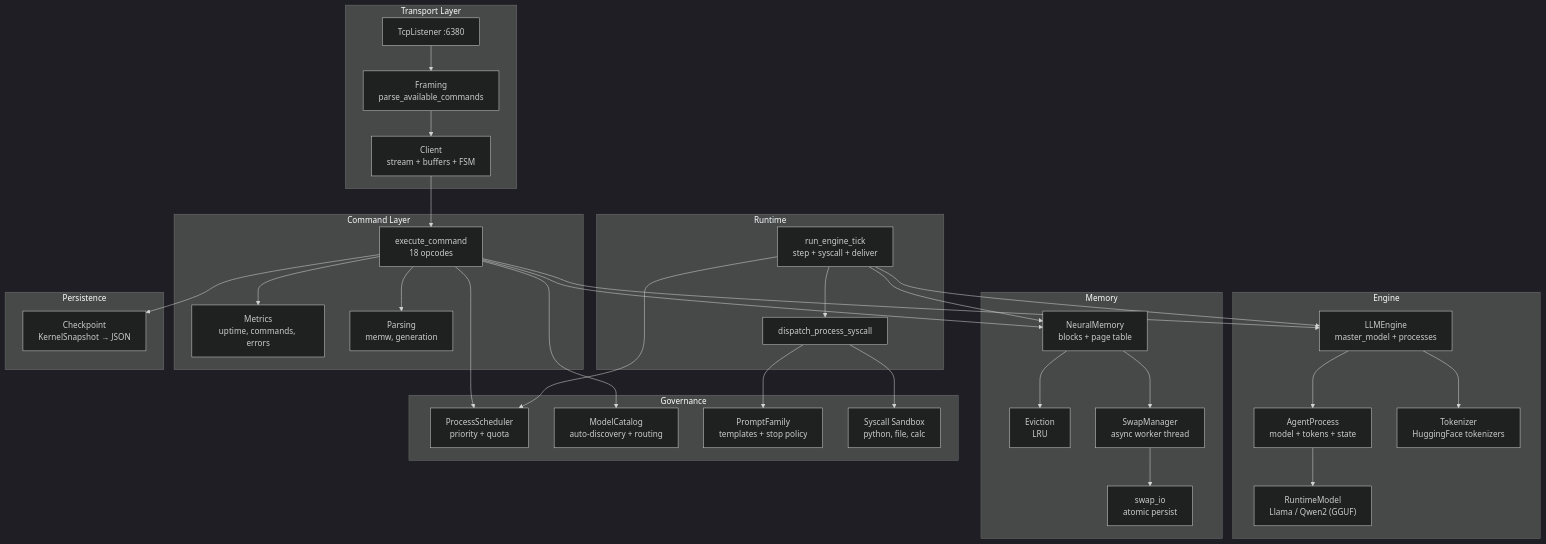
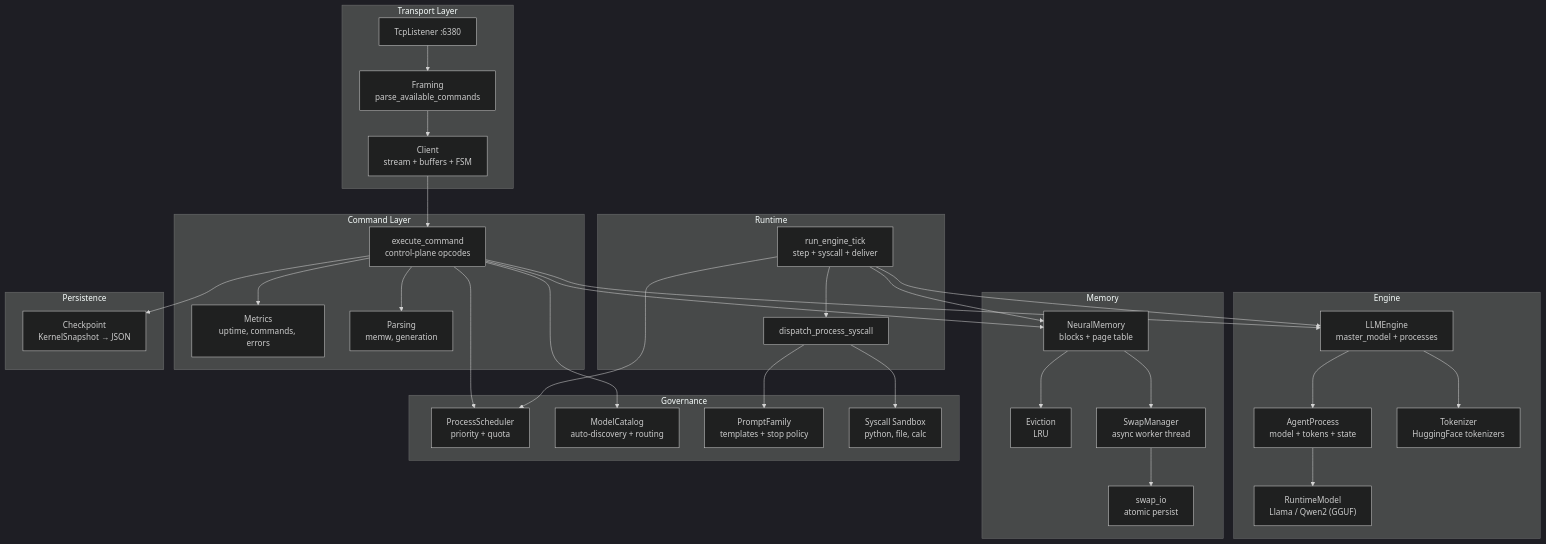
Before and after one commit to Bernuz2003/AgenticOS: the first of 10 diagrams in ARCHITECTURE.md, drawn with Mermaid (dark theme). The commit also changed other lines of this file and 61 other files, not shown here.

First line of the commit message:
Refactor tool registration and invocation schemas; introduce MCP interop support

````diff
--- a/ARCHITECTURE.md
+++ b/ARCHITECTURE.md
@@ -70,65 +71,65 @@
 ```mermaid
 graph TB
     subgraph "Transport Layer"
         TCP["TcpListener :6380"]
         FR["Framing<br/>parse_available_commands"]
         CL["Client<br/>stream + buffers + FSM"]
     end
 
     subgraph "Command Layer"
-        CMD["execute_command<br/>18 opcodes"]
+        CMD["execute_command<br/>control-plane opcodes"]
         MET["Metrics<br/>uptime, commands, errors"]
         PAR["Parsing<br/>memw, generation"]
     end
 
     subgraph "Engine"
         ENG["LLMEngine<br/>master_model + processes"]
         PROC["AgentProcess<br/>model + tokens + state"]
         BACK["RuntimeModel<br/>Llama / Qwen2 (GGUF)"]
         TOK["Tokenizer<br/>HuggingFace tokenizers"]
     end
 
     subgraph "Runtime"
         TICK["run_engine_tick<br/>step + syscall + deliver"]
         SYSC["dispatch_process_syscall"]
     end
 
     subgraph "Memory"
         NM["NeuralMemory<br/>blocks + page table"]
         EV["Eviction<br/>LRU"]
         SW["SwapManager<br/>async worker thread"]
         SIO["swap_io<br/>atomic persist"]
     end
 
     subgraph "Governance"
         SCHED["ProcessScheduler<br/>priority + quota"]
         CAT["ModelCatalog<br/>auto-discovery + routing"]
         PROM["PromptFamily<br/>templates + stop policy"]
         TOOLS["Syscall Sandbox<br/>python, file, calc"]
     end
 
     subgraph "Persistence"
         CKP["Checkpoint<br/>KernelSnapshot → JSON"]
     end
 
     TCP --> FR --> CL --> CMD
     CMD --> ENG
     CMD --> NM
     CMD --> SCHED
     CMD --> CAT
     CMD --> CKP
     CMD --> MET
     CMD --> PAR
 
     TICK --> ENG
     TICK --> NM
     TICK --> SCHED
     TICK --> SYSC --> TOOLS
     SYSC --> PROM
 
     ENG --> PROC --> BACK
     ENG --> TOK
 
     NM --> EV
     NM --> SW --> SIO
 ```
````
